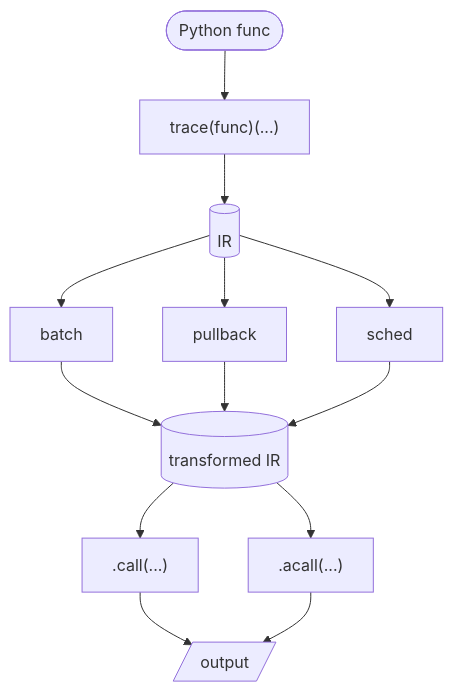
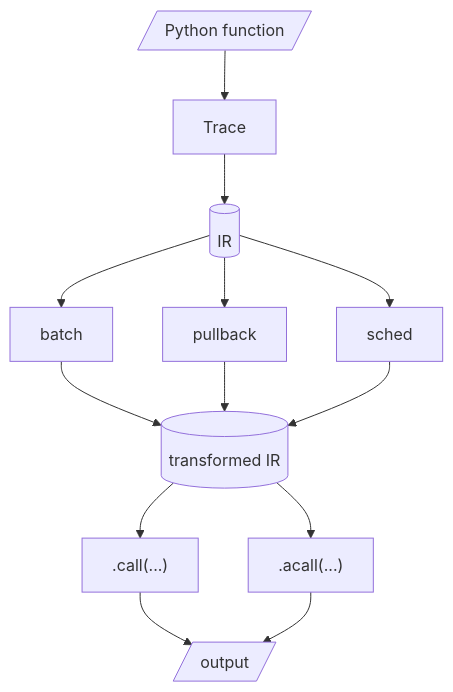
One commit to ASEM000/autoform changed the second of 2 diagrams in docs/concepts/trace-ir-execute.md. Above: the diagram before and after it, drawn with Mermaid. The commit also changed other lines of this file and 3 other files, not shown here.

Commit message:
docs: edit mermaid style

````diff
--- a/docs/concepts/trace-ir-execute.md
+++ b/docs/concepts/trace-ir-execute.md
@@ -125,15 +125,15 @@
 ```{mermaid}
 flowchart TD
-    F([Python func]) --> T["trace(func)(...)"]
+    F[/Python function/] --> T["Trace"]
     T --> IR[(IR)]
     IR --> B["batch"]
     IR --> P["pullback"]
     IR --> S["sched"]
-    B --> IR2[(transformed IR)]
-    P --> IR2
-    S --> IR2
-    IR2 --> C[".call(...)"]
-    IR2 --> A[".acall(...)"]
+    B --> TIR[(transformed IR)]
+    P --> TIR
+    S --> TIR
+    TIR --> C[".call(...)"]
+    TIR --> A[".acall(...)"]
     C --> O[/output/]
     A --> O
 ```
````
